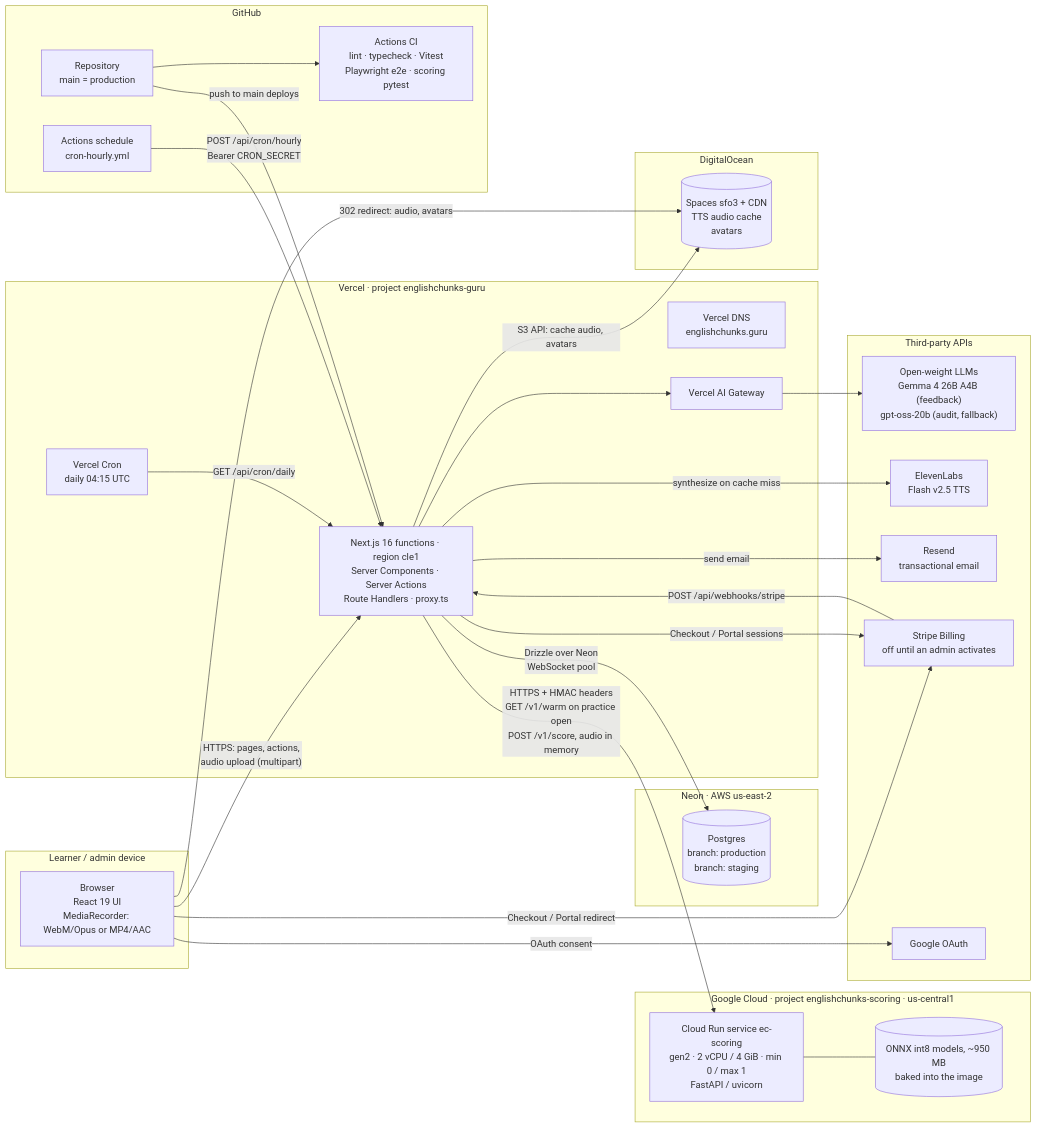
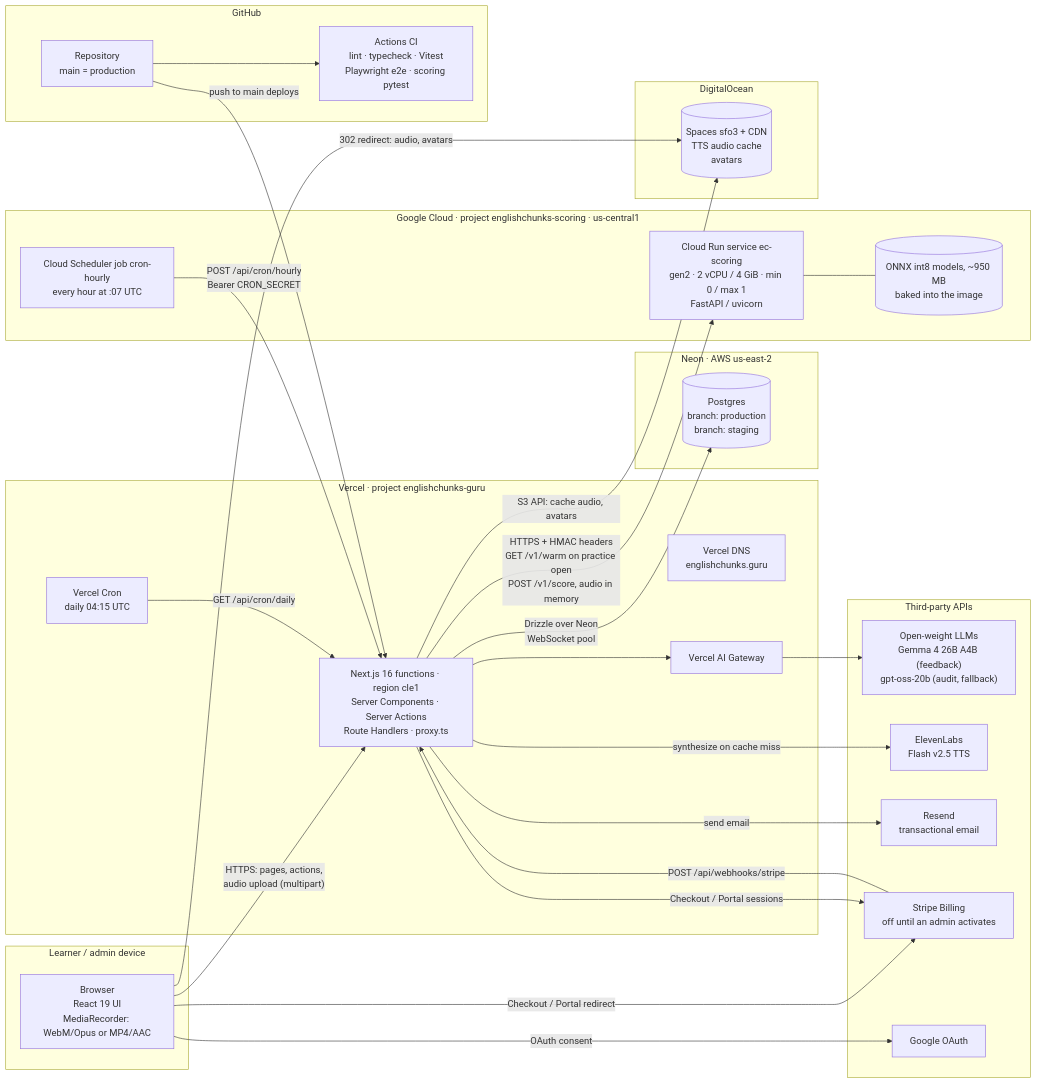
Before and after one commit to gusanchefullstack/englishchunks.guru: the first of 3 diagrams in docs/architecture.md, drawn with Mermaid. The commit also changed other lines of this file and 7 other files, not shown here.

First line of the commit message:
feat(ops): hourly cron from Google Cloud Scheduler

````diff
--- a/docs/architecture.md
+++ b/docs/architecture.md
@@ -13,58 +13,58 @@
 ```mermaid
 flowchart LR
   subgraph Client["Learner / admin device"]
     B["Browser<br/>React 19 UI<br/>MediaRecorder: WebM/Opus or MP4/AAC"]
   end
 
   subgraph Vercel["Vercel · project englishchunks-guru"]
     DNS["Vercel DNS<br/>englishchunks.guru"]
     FN["Next.js 16 functions · region cle1<br/>Server Components · Server Actions<br/>Route Handlers · proxy.ts"]
     VC["Vercel Cron<br/>daily 04:15 UTC"]
     GW["Vercel AI Gateway"]
   end
 
   subgraph Neon["Neon · AWS us-east-2"]
     PG[("Postgres<br/>branch: production<br/>branch: staging")]
   end
 
   subgraph GCP["Google Cloud · project englishchunks-scoring · us-central1"]
     SC["Cloud Run service ec-scoring<br/>gen2 · 2 vCPU / 4 GiB · min 0 / max 1<br/>FastAPI / uvicorn"]
     MOD[("ONNX int8 models, ~950 MB<br/>baked into the image")]
+    TMR["Cloud Scheduler job cron-hourly<br/>every hour at :07 UTC"]
   end
 
   subgraph DOC["DigitalOcean"]
     SP[("Spaces sfo3 + CDN<br/>TTS audio cache<br/>avatars")]
   end
 
   subgraph Ext["Third-party APIs"]
     LLM["Open-weight LLMs<br/>Gemma 4 26B A4B (feedback)<br/>gpt-oss-20b (audit, fallback)"]
     EL["ElevenLabs<br/>Flash v2.5 TTS"]
     RS["Resend<br/>transactional email"]
     ST["Stripe Billing<br/>off until an admin activates"]
     GO["Google OAuth"]
   end
 
   subgraph GH["GitHub"]
     REPO["Repository<br/>main = production"]
     CI["Actions CI<br/>lint · typecheck · Vitest<br/>Playwright e2e · scoring pytest"]
-    TMR["Actions schedule<br/>cron-hourly.yml"]
   end
 
   B -- "HTTPS: pages, actions,<br/>audio upload (multipart)" --> FN
   B -- "302 redirect: audio, avatars" --> SP
   B -- "Checkout / Portal redirect" --> ST
   B -- "OAuth consent" --> GO
   FN -- "Drizzle over Neon<br/>WebSocket pool" --> PG
   FN -- "HTTPS + HMAC headers<br/>GET /v1/warm on practice open<br/>POST /v1/score, audio in memory" --> SC
   SC --- MOD
   TMR -- "POST /api/cron/hourly<br/>Bearer CRON_SECRET" --> FN
   VC -- "GET /api/cron/daily" --> FN
   FN --> GW --> LLM
   FN -- "synthesize on cache miss" --> EL
   FN -- "S3 API: cache audio, avatars" --> SP
   FN -- "send email" --> RS
   FN -- "Checkout / Portal sessions" --> ST
   ST -- "POST /api/webhooks/stripe" --> FN
   REPO -- "push to main deploys" --> FN
   REPO --> CI
 ```
````
